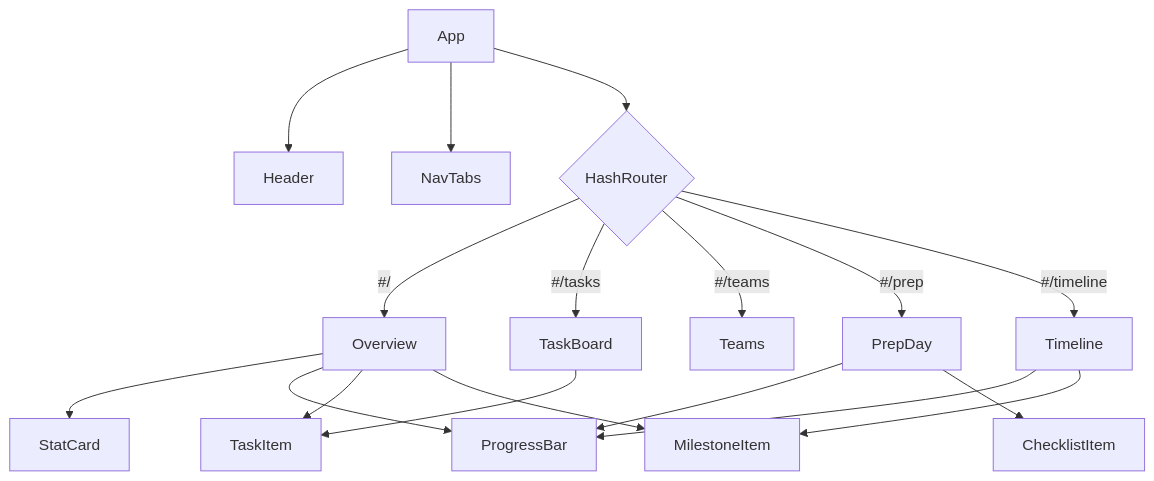
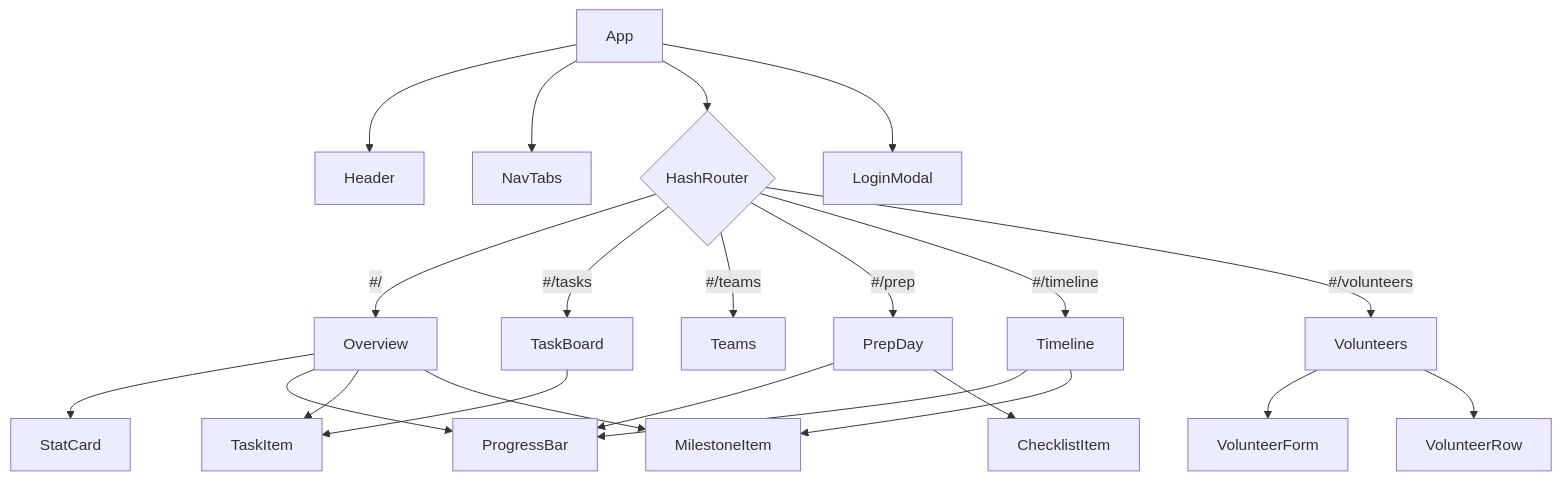
The second of 3 diagrams in .kiro/specs/nepal-football-spa/design.md (toytown/nepal-football), drawn with Mermaid before and after one commit. The commit also changed other lines of this file and 3 other files, not shown here.

````diff
--- a/.kiro/specs/nepal-football-spa/design.md
+++ b/.kiro/specs/nepal-football-spa/design.md
@@ -116,20 +130,24 @@
 ```mermaid
 flowchart TD
     App --> Header
     App --> NavTabs
     App --> Router{HashRouter}
     Router -->|"#/"| Overview
     Router -->|"#/tasks"| TaskBoard
     Router -->|"#/teams"| Teams
     Router -->|"#/prep"| PrepDay
     Router -->|"#/timeline"| Timeline
+    Router -->|"#/volunteers"| Volunteers
+    App --> LoginModal
     Overview --> StatCard
     Overview --> ProgressBar
     Overview --> TaskItem
     Overview --> MilestoneItem
     TaskBoard --> TaskItem
     PrepDay --> ProgressBar
     PrepDay --> ChecklistItem
     Timeline --> ProgressBar
     Timeline --> MilestoneItem
+    Volunteers --> VolunteerForm
+    Volunteers --> VolunteerRow
 ```
````
